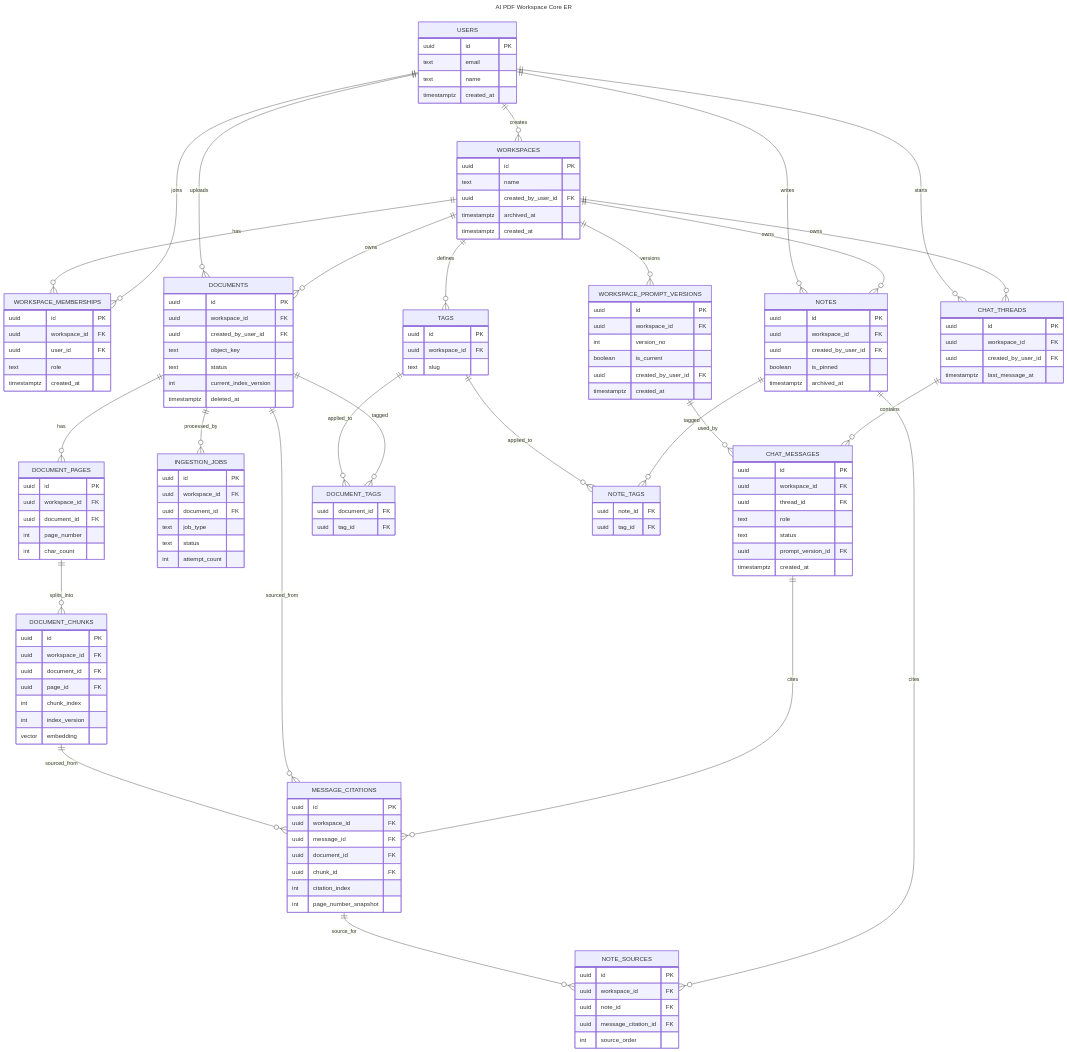
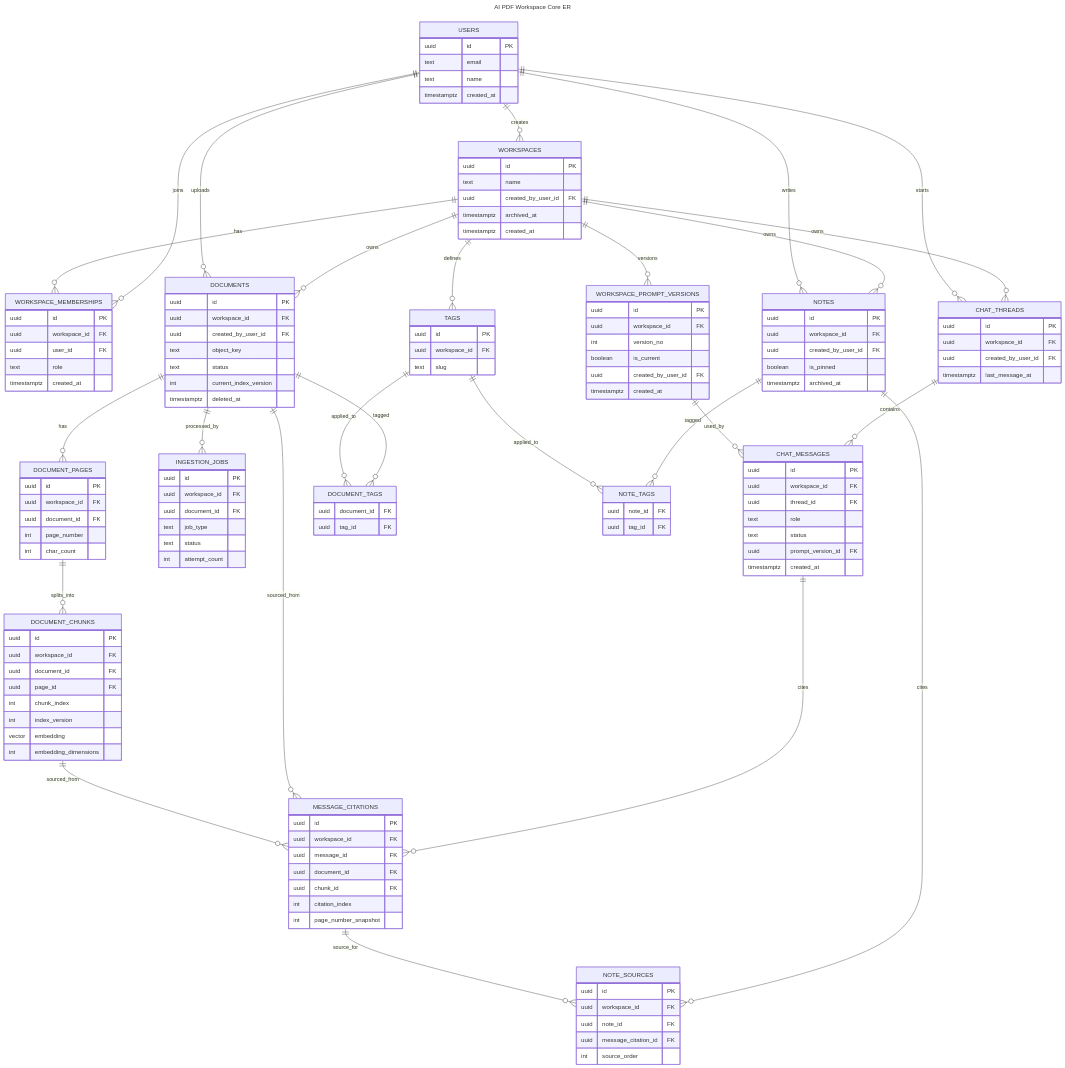
Before and after one commit to Gujiassh/ai-pdf-workspace: the diagram in docs/architecture/database-design.md, drawn with Mermaid. The commit also changed other lines of this file and 11 other files, not shown here.

```diff
--- a/docs/architecture/database-design.md
+++ b/docs/architecture/database-design.md
@@ -809,6 +810,7 @@
         int chunk_index
         int index_version
         vector embedding
+        int embedding_dimensions
     }
 
     INGESTION_JOBS {
```
